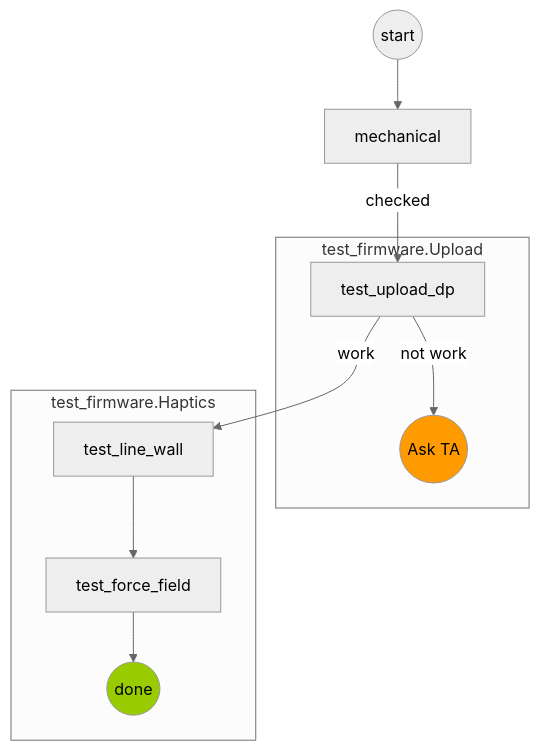
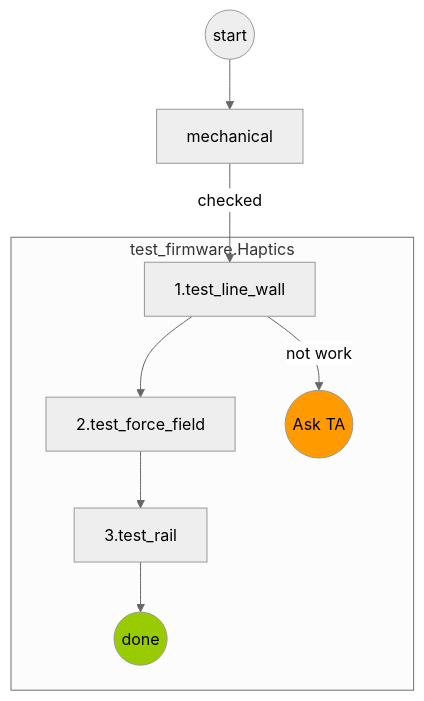
Before and after one commit to Jogius/dualpanto-testing: the second of 3 diagrams in Readme.md, drawn with Mermaid. The commit also changed other lines of this file, not shown here.

Commit message:
add firmware section

````diff
--- a/Readme.md
+++ b/Readme.md
@@ -107,31 +111,27 @@
 ```mermaid
 %%{init: {'theme': 'neutral' } }%%
 flowchart TD;
     ST((start)) --> MC[mechanical];
-    MC -- checked --> TUDP;
-    
-    subgraph test_firmware.Upload
-    TUDP[test_upload_dp] --not work--> TA0((Ask TA))
-    end
-    
-    TUDP -- work -->TLW;
+    MC -- checked --> TLW;
     
     subgraph test_firmware.Haptics
-    TLW[test_line_wall] --> TFF[test_force_field]
-    TFF --> DONE((done))
+    TLW[1.test_line_wall] --> TFF[2.test_force_field]
+    TLW --not work--> TA0((Ask TA))
+    TFF --> TR[3.test_rail]
+    TR --> DONE((done))
     
 %%    TR[test_rail]
 %%    
 %%    TRW[test_rectangle_obstacle]
 %%    
 %%    TMW[test_moving_obstacle]
     
     
     end
     
     
     
     style TA0 fill:#FF9B00
     style DONE fill:#99CC00
 
 ```
````
